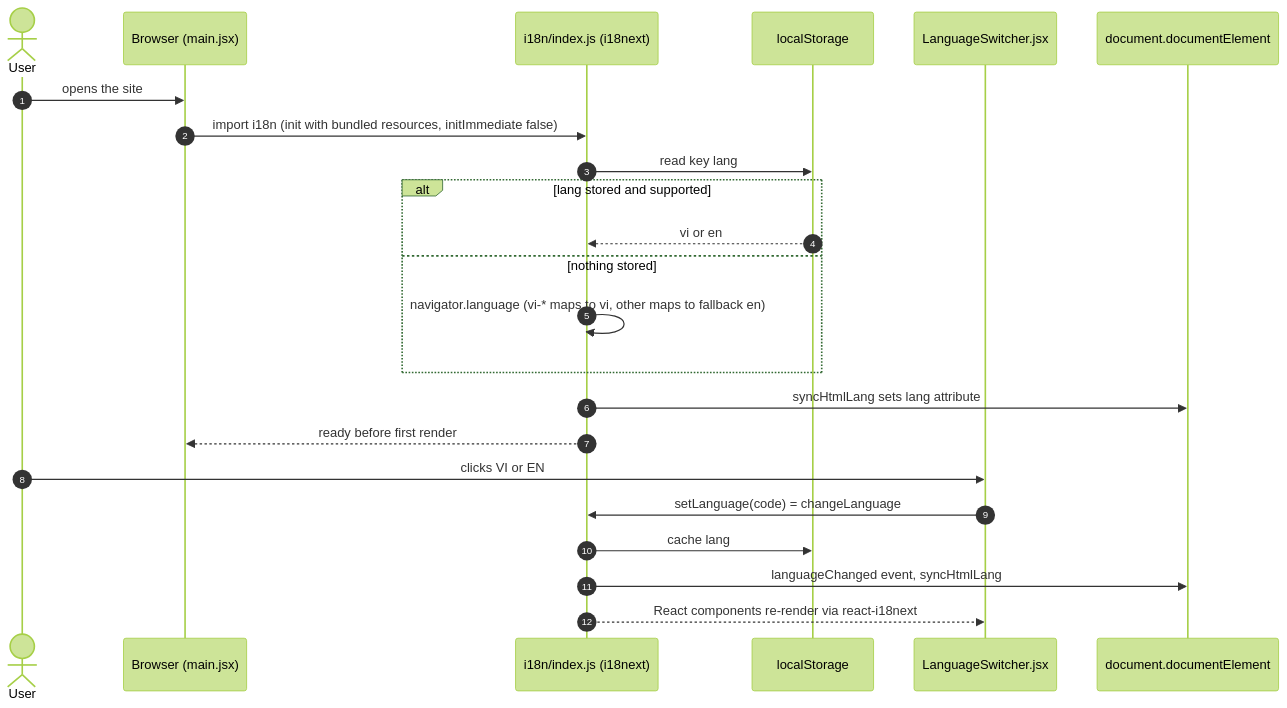
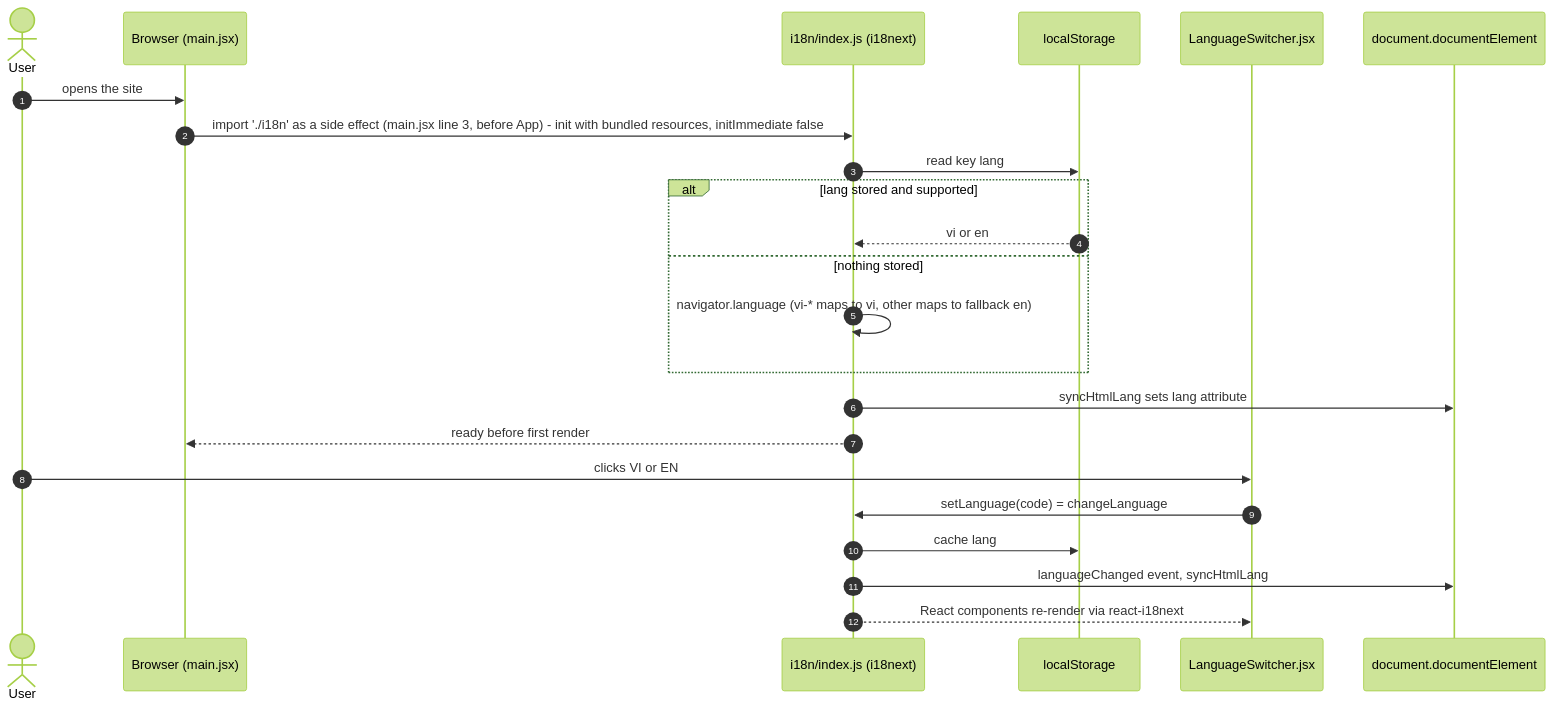
The first of 4 diagrams in docs/sequence/sequence-i18n.md (nguyenhuuca/assessment), drawn with Mermaid (forest theme) before and after one commit. The commit also changed other lines of this file and 16 other files, not shown here.

First line of the commit message:
docs(sequence): bring all sequence diagrams in line with the current code

````diff
--- a/docs/sequence/sequence-i18n.md
+++ b/docs/sequence/sequence-i18n.md
@@ -14,26 +14,26 @@
 ```mermaid
 sequenceDiagram
     autonumber
     actor U as User
     participant M as Browser (main.jsx)
     participant I as i18n/index.js (i18next)
     participant LS as localStorage
     participant LSW as LanguageSwitcher.jsx
     participant DOM as document.documentElement
 
     U->>M: opens the site
-    M->>I: import i18n (init with bundled resources, initImmediate false)
+    M->>I: import './i18n' as a side effect (main.jsx line 3, before App) - init with bundled resources, initImmediate false
     I->>LS: read key lang
     alt lang stored and supported
         LS-->>I: vi or en
     else nothing stored
         I->>I: navigator.language (vi-* maps to vi, other maps to fallback en)
     end
     I->>DOM: syncHtmlLang sets lang attribute
     I-->>M: ready before first render
     U->>LSW: clicks VI or EN
     LSW->>I: setLanguage(code) = changeLanguage
     I->>LS: cache lang
     I->>DOM: languageChanged event, syncHtmlLang
     I-->>LSW: React components re-render via react-i18next
 ```
````
